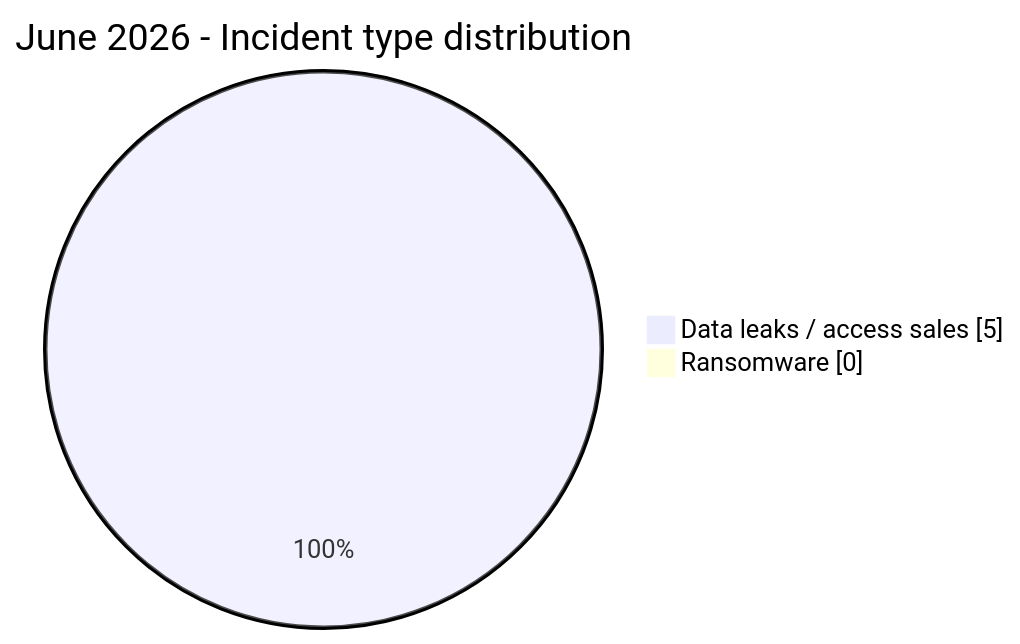
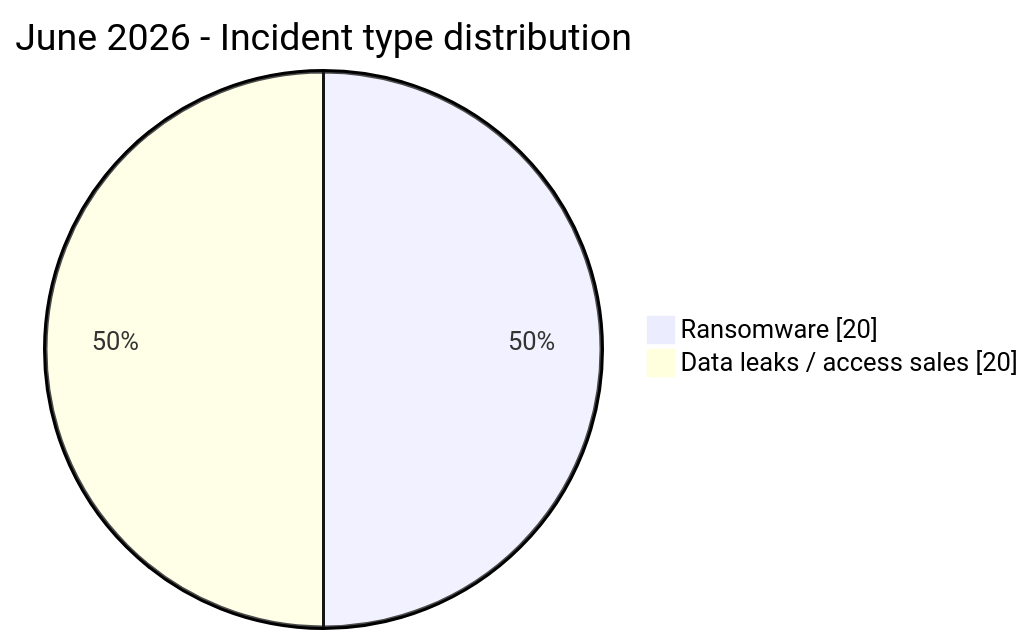
One commit to Hatchepsoute/AFRINTEL changed the third of 5 diagrams in comparison/2026/05-may-june/README.md. Above: the diagram before and after it, drawn with Mermaid. The commit also changed other lines of this file and 18 other files, not shown here.

````diff
--- a/comparison/2026/05-may-june/README.md
+++ b/comparison/2026/05-may-june/README.md
@@ -55,6 +54,6 @@
 ```mermaid
 pie showData
     title June 2026 - Incident type distribution
-    "Data leaks / access sales" : 5
-    "Ransomware" : 0
+    "Ransomware" : 20
+    "Data leaks / access sales" : 20
 ```
````
